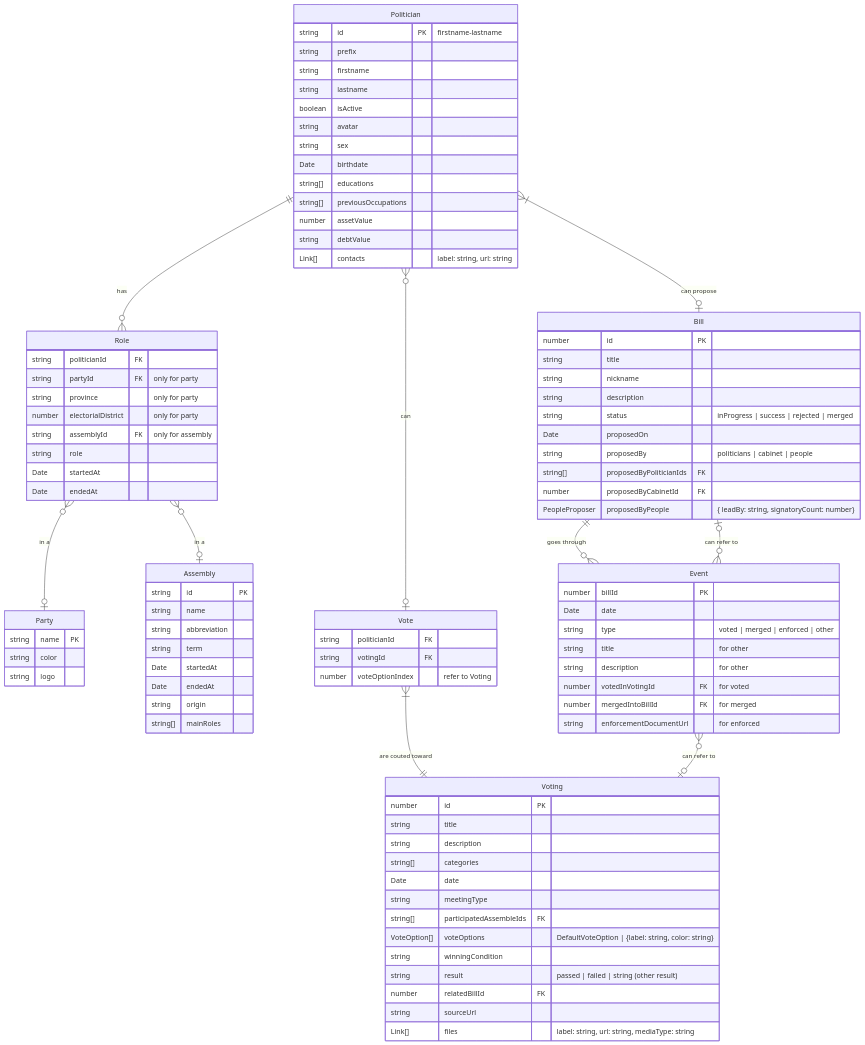
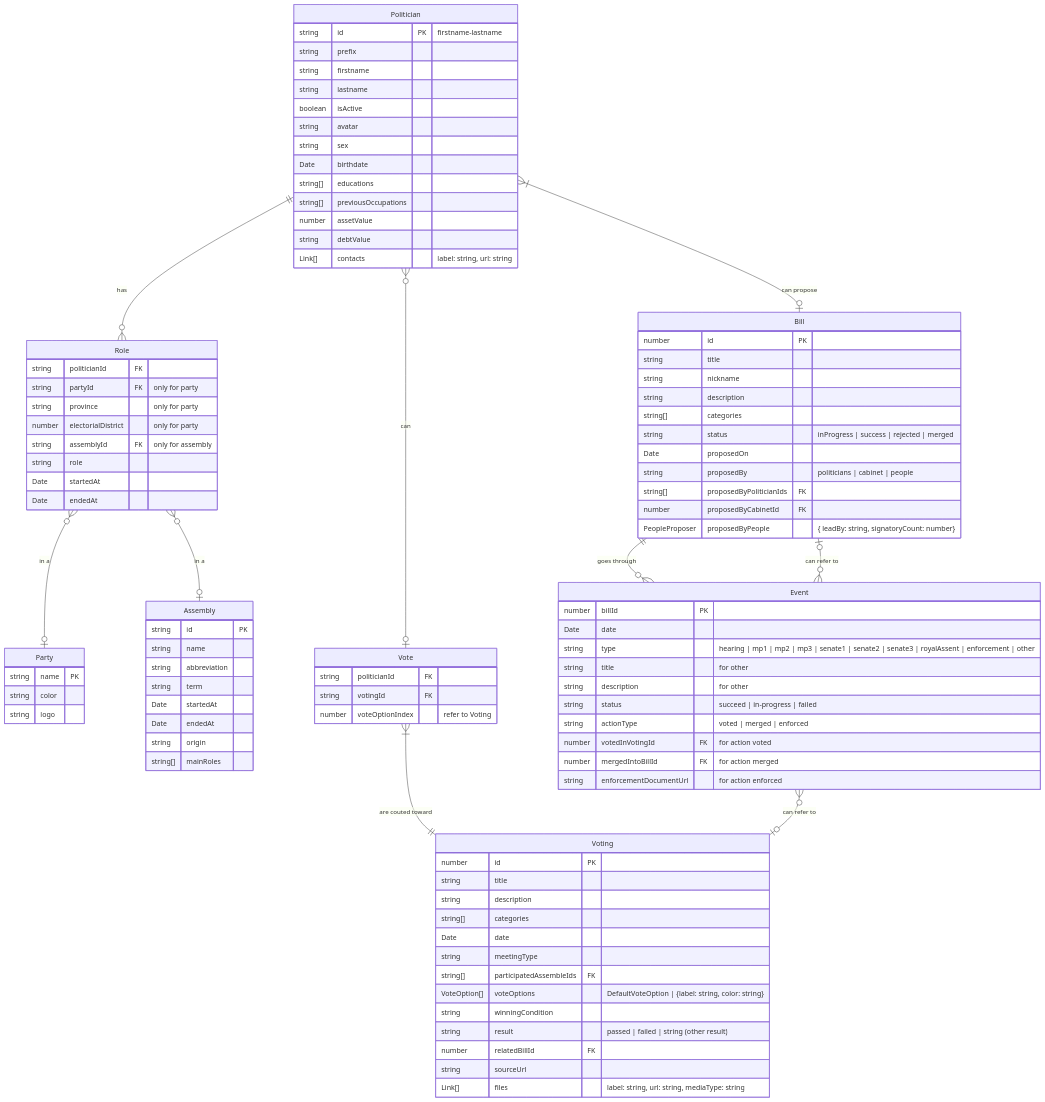
Before and after one commit to wevisdemo/parliament-watch: the diagram in src/models/README.md, drawn with Mermaid. The commit also changed 2 other files, not shown here.

Commit message:
feat(WEV-15): update Event model and its related models

````diff
--- a/src/models/README.md
+++ b/src/models/README.md
@@ -61,6 +61,7 @@
     string title
     string nickname
     string description
+    string[] categories
     string status "inProgress | success | rejected | merged"
     Date proposedOn
     string proposedBy "politicians | cabinet | people"
@@ -94,11 +95,13 @@
   Event {
     number billId PK
     Date date
-    string type "voted | merged | enforced | other"
+    string type "hearing | mp1 | mp2 | mp3 | senate1 | senate2 | senate3 | royalAssent | enforcement | other"
     string title "for other"
     string description "for other"
-    number votedInVotingId FK "for voted"
-    number mergedIntoBillId FK "for merged"
-    string enforcementDocumentUrl "for enforced"
+    string status "succeed | in-progress | failed"
+    string actionType "voted | merged | enforced"
+    number votedInVotingId FK "for action voted"
+    number mergedIntoBillId FK "for action merged"
+    string enforcementDocumentUrl "for action enforced"
   }
 ```
````
